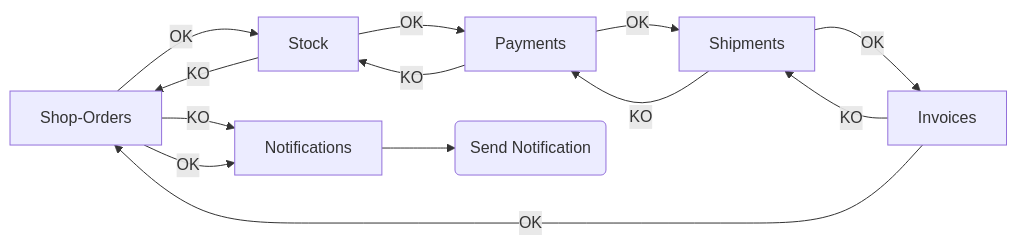
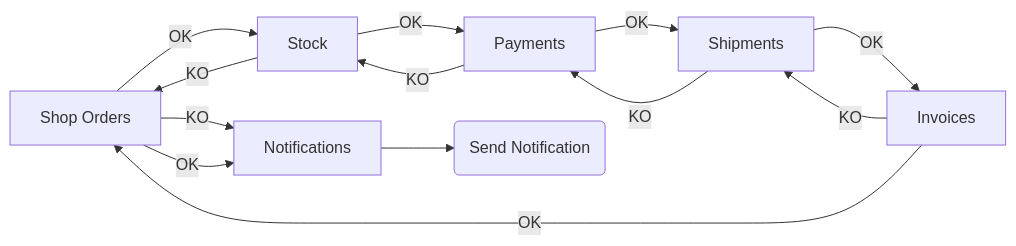
Before and after one commit to jofaval/choreography-microservices: the diagram in README.md, drawn with Mermaid.

Commit message:
docs: update flowchart

````diff
--- a/README.md
+++ b/README.md
@@ -19,21 +19,21 @@
 ```mermaid
 flowchart LR;
-    Shop-Orders-->|OK|Stock;
+    shop_order[Shop Orders]-->|OK|stock[Stock];
 
-    Stock-->|KO|Shop-Orders;
-    Stock-->|OK|Payments;
+    stock-->|KO|shop_order;
+    stock-->|OK|payment[Payments];
 
-    Payments-->|KO|Stock;
-    Payments-->|OK|Shipments;
+    payment-->|KO|stock;
+    payment-->|OK|shipment[Shipments];
 
-    Shipments-->|KO|Payments;
-    Shipments-->|OK|Invoices;
+    shipment-->|KO|payment;
+    shipment-->|OK|invoice[Invoices];
 
-    Invoices-->|KO|Shipments;
-    Invoices-->|OK|Shop-Orders;
+    invoice-->|KO|shipment;
+    invoice-->|OK|shop_order;
 
-    Shop-Orders-->|KO|Notifications;
-    Shop-Orders-->|OK|Notifications;
+    shop_order-->|KO|notification[Notifications];
+    shop_order-->|OK|notification;
 
-    Notifications-->a("Send Notification");
+    notification-->a("Send Notification");
 ```
````
